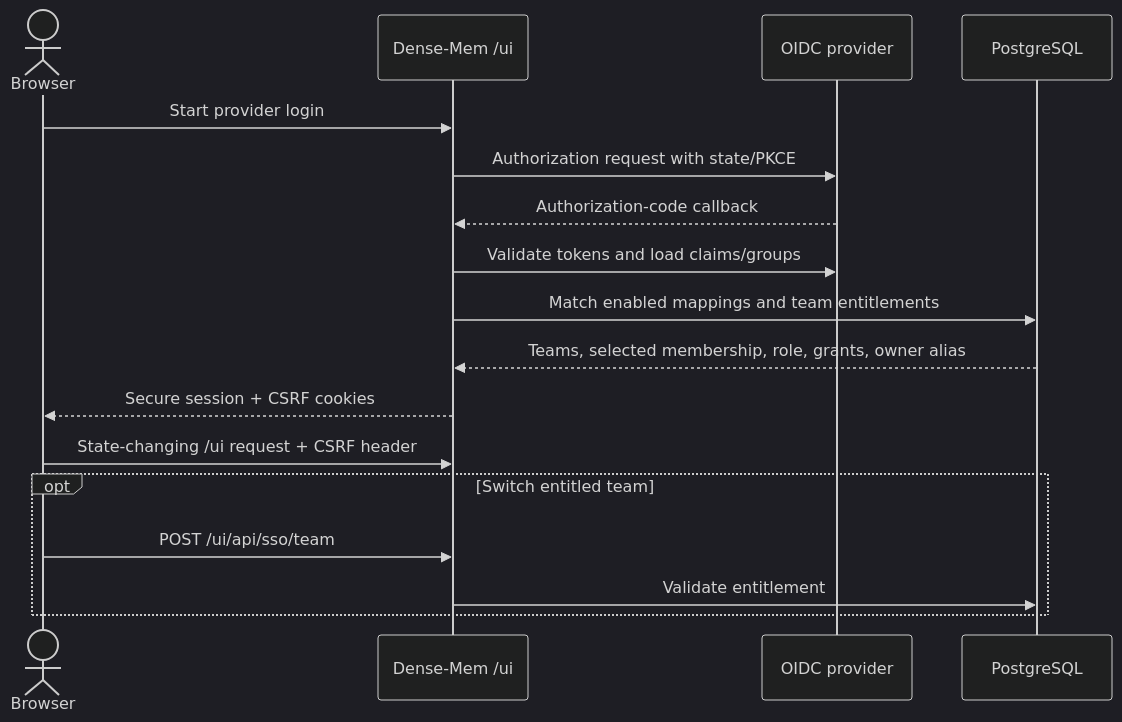
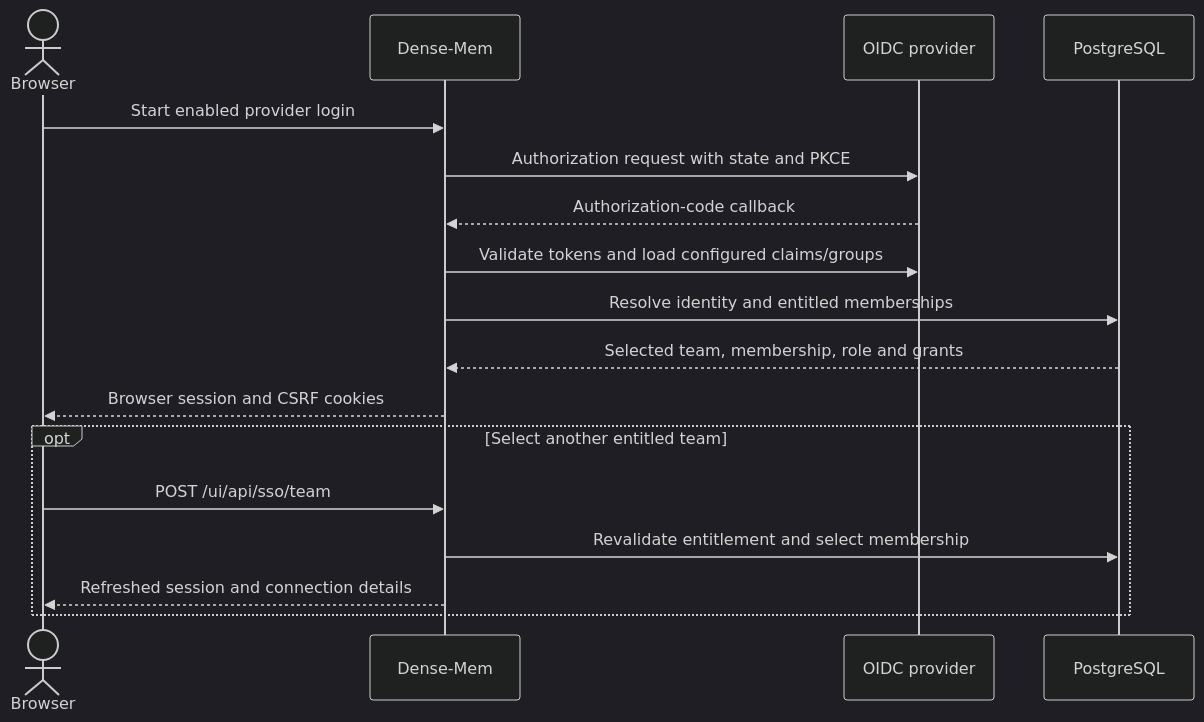
The diagram in User-Portal-SSO.md (markhuangai/dense-mem), drawn with Mermaid (dark theme) before and after one commit. The commit also changed other lines of this file and 34 other files, not shown here.

````diff
--- a/User-Portal-SSO.md
+++ b/User-Portal-SSO.md
@@ -141,21 +7,20 @@
 ```mermaid
 %%{init: {"sequence": {"rightAngles": true}}}%%
 sequenceDiagram
   actor Browser
-  participant DM as Dense-Mem /ui
+  participant DM as Dense-Mem
   participant IdP as OIDC provider
   participant PG as PostgreSQL
-
-  Browser->>DM: Start provider login
-  DM->>IdP: Authorization request with state/PKCE
+  Browser->>DM: Start enabled provider login
+  DM->>IdP: Authorization request with state and PKCE
   IdP-->>DM: Authorization-code callback
-  DM->>IdP: Validate tokens and load claims/groups
-  DM->>PG: Match enabled mappings and team entitlements
-  PG-->>DM: Teams, selected membership, role, grants, owner alias
-  DM-->>Browser: Secure session + CSRF cookies
-  Browser->>DM: State-changing /ui request + CSRF header
-  opt Switch entitled team
+  DM->>IdP: Validate tokens and load configured claims/groups
+  DM->>PG: Resolve identity and entitled memberships
+  PG-->>DM: Selected team, membership, role and grants
+  DM-->>Browser: Browser session and CSRF cookies
+  opt Select another entitled team
     Browser->>DM: POST /ui/api/sso/team
-    DM->>PG: Validate entitlement
+    DM->>PG: Revalidate entitlement and select membership
+    DM-->>Browser: Refreshed session and connection details
   end
 ```
````
